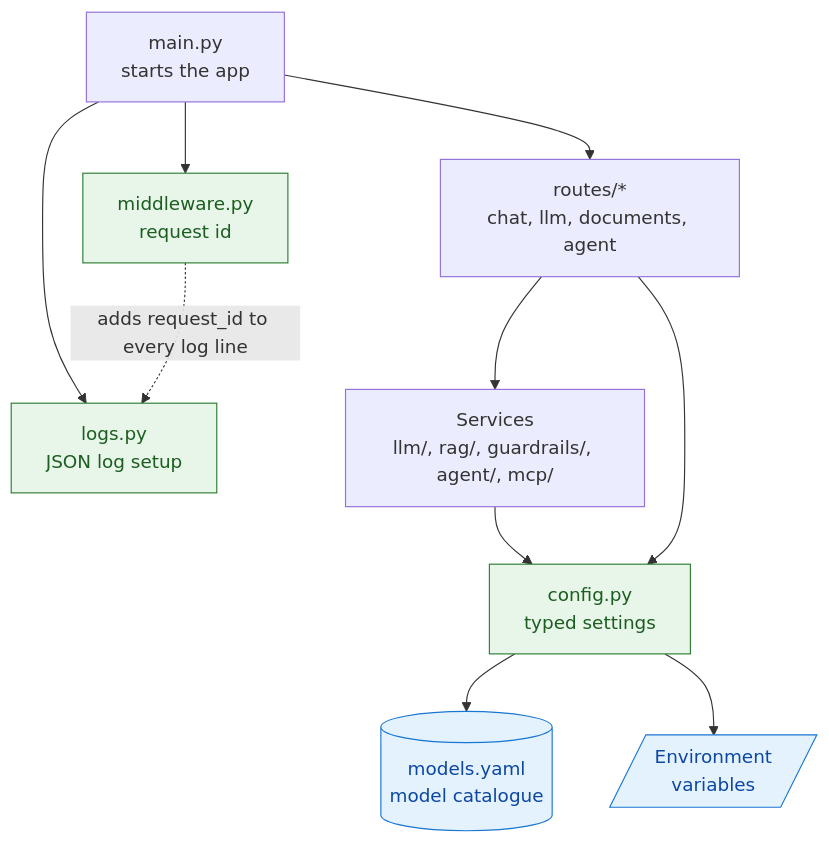
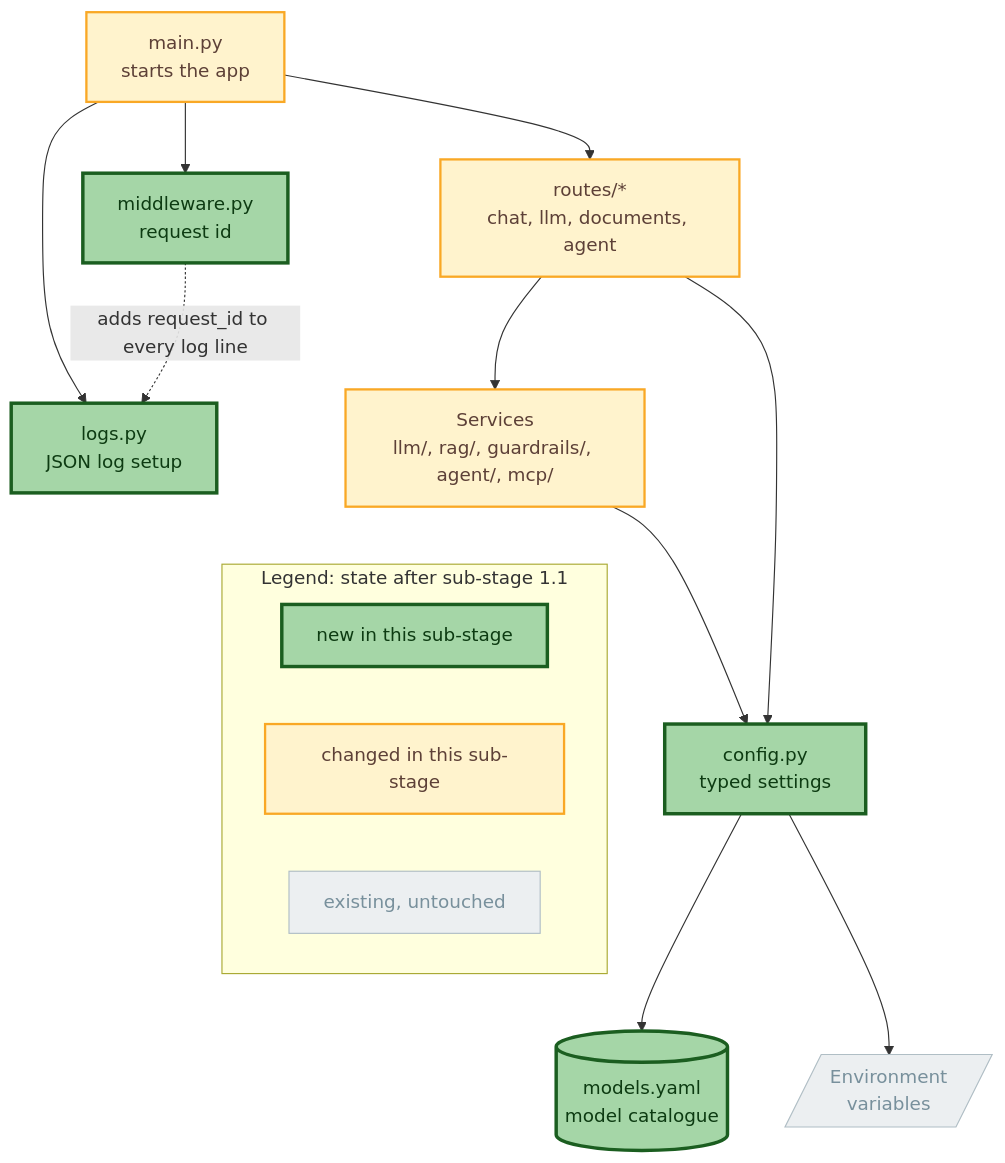
One commit to dsailajakrishna0-ship-it/customer-compass-v3 changed the diagram in docs/diagrams/stage1-module-map.mmd. Above: the diagram before and after it, drawn with Mermaid. The commit also changed 3 other files, not shown here.

```diff
--- a/docs/diagrams/stage1-module-map.mmd
+++ b/docs/diagrams/stage1-module-map.mmd
@@ -1,14 +1,23 @@
 flowchart TB
     M["main.py<br/>starts the app"] --> L["logs.py<br/>JSON log setup"]
     M --> W["middleware.py<br/>request id"]
     M --> R["routes/*<br/>chat, llm, documents, agent"]
     R --> S["Services<br/>llm/, rag/, guardrails/, agent/, mcp/"]
     S --> C["config.py<br/>typed settings"]
     R --> C
     C --> Y[("models.yaml<br/>model catalogue")]
     C --> E[/"Environment<br/>variables"/]
     W -.->|"adds request_id to every log line"| L
-    classDef new fill:#e8f5e9,stroke:#2e7d32,color:#1b5e20
-    classDef store fill:#e3f2fd,stroke:#1976d2,color:#0d47a1
-    class L,W,C new
-    class Y,E store
+    subgraph legend["Legend: state after sub-stage 1.1"]
+        direction LR
+        K1["new in this sub-stage"]
+        K2["changed in this sub-stage"]
+        K3["existing, untouched"]
+    end
+    S ~~~ legend
+    classDef new fill:#a5d6a7,stroke:#1b5e20,stroke-width:3px,color:#0d3b12
+    classDef changed fill:#fff3cd,stroke:#f9a825,stroke-width:2px,color:#5d4037
+    classDef existing fill:#eceff1,stroke:#b0bec5,color:#78909c
+    class L,W,C,Y,K1 new
+    class M,R,S,K2 changed
+    class E,K3 existing
```
